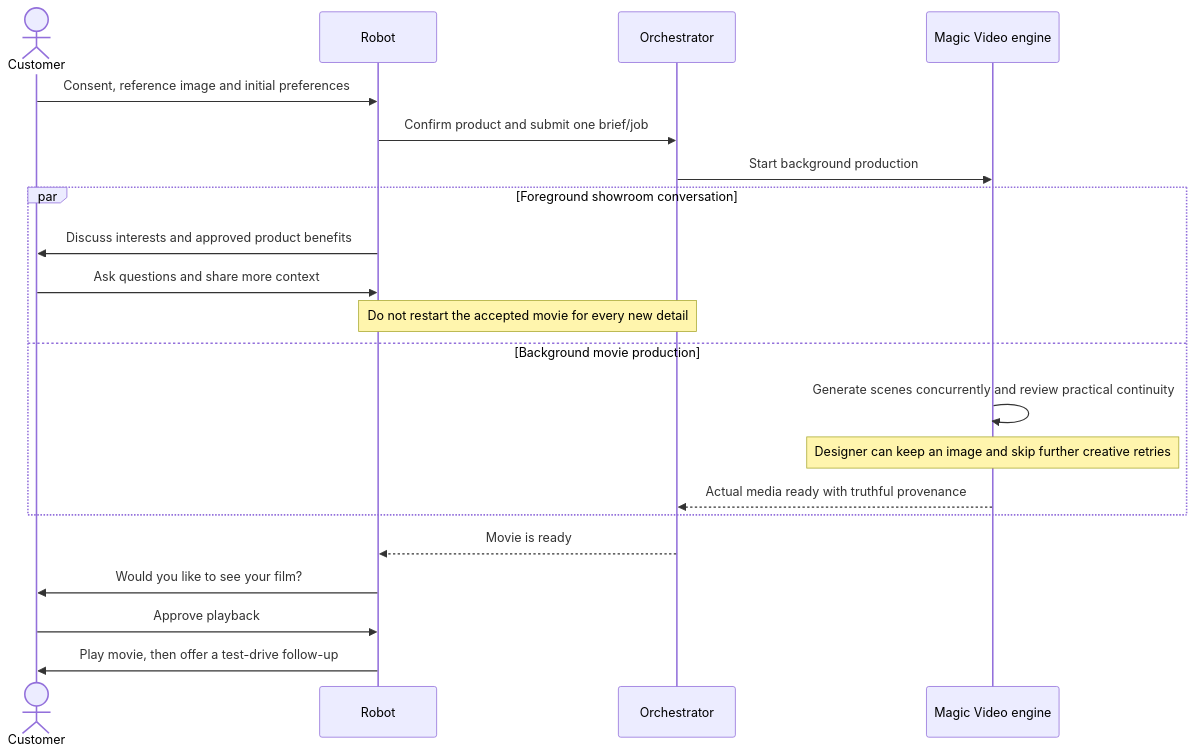
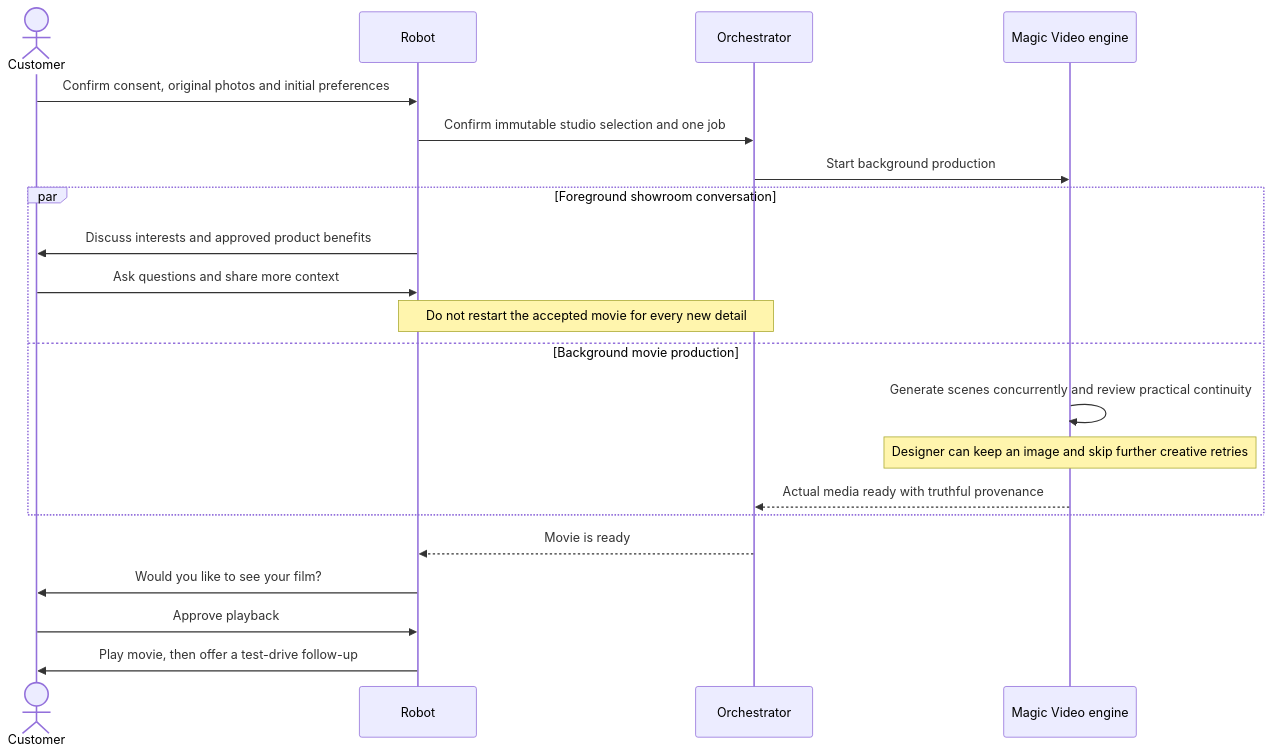
The second of 9 diagrams in docs/architecture.md (dngoins/agents-everywhere-starter-kit), drawn with Mermaid before and after one commit. The commit also changed other lines of this file and 3 other files, not shown here.

Commit message:
Verify complete showroom HTTP flow and document integrated architecture

````diff
--- a/docs/architecture.md
+++ b/docs/architecture.md
@@ -82,23 +97,23 @@
 ```mermaid
 sequenceDiagram
     actor Customer
     participant Robot
     participant Orchestrator
     participant Movie as Magic Video engine
-    Customer->>Robot: Consent, reference image and initial preferences
-    Robot->>Orchestrator: Confirm product and submit one brief/job
+    Customer->>Robot: Confirm consent, original photos and initial preferences
+    Robot->>Orchestrator: Confirm immutable studio selection and one job
     Orchestrator->>Movie: Start background production
     par Foreground showroom conversation
         Robot->>Customer: Discuss interests and approved product benefits
         Customer->>Robot: Ask questions and share more context
         Note over Robot,Orchestrator: Do not restart the accepted movie for every new detail
     and Background movie production
         Movie->>Movie: Generate scenes concurrently and review practical continuity
         Note over Movie: Designer can keep an image and skip further creative retries
         Movie-->>Orchestrator: Actual media ready with truthful provenance
     end
     Orchestrator-->>Robot: Movie is ready
     Robot->>Customer: Would you like to see your film?
     Customer->>Robot: Approve playback
     Robot->>Customer: Play movie, then offer a test-drive follow-up
 ```
````
